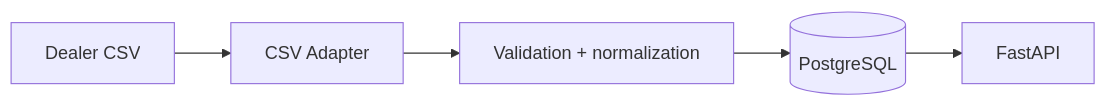
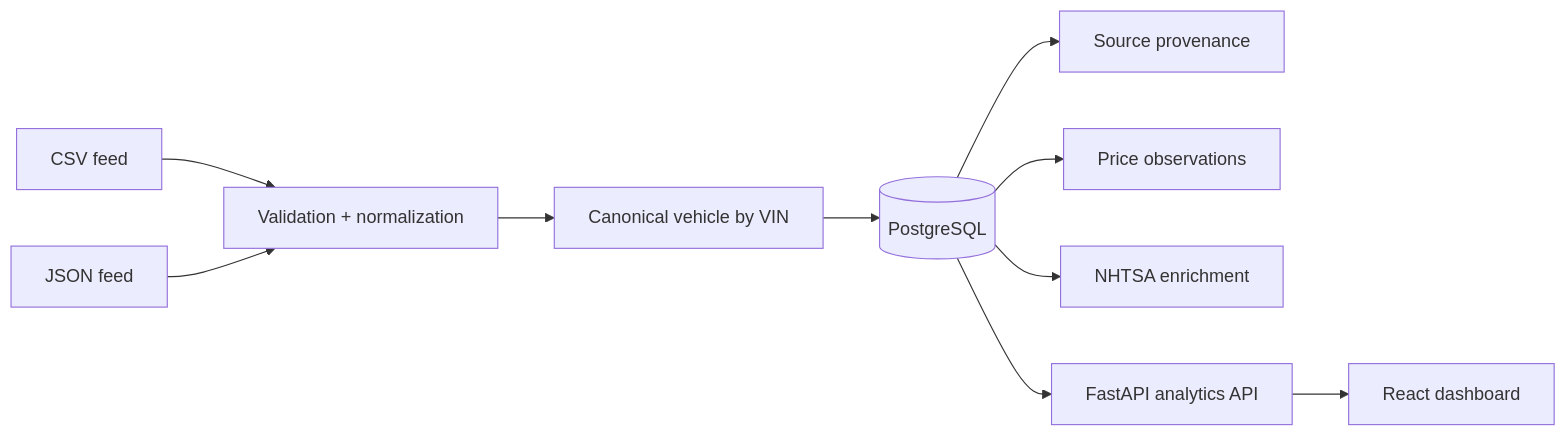
The diagram in README.md (danishirfan21/AutoStream), drawn with Mermaid before and after one commit. The commit also changed other lines of this file and 7 other files, not shown here.

````diff
--- a/README.md
+++ b/README.md
@@ -41,7 +41,12 @@
 ```mermaid
 flowchart LR
-  CSV[Dealer CSV] --> Adapter[CSV Adapter]
-  Adapter --> Normalize[Validation + normalization]
-  Normalize --> DB[(PostgreSQL)]
-  DB --> API[FastAPI]
+  CSV[CSV feed] --> Normalize[Validation + normalization]
+  JSON[JSON feed] --> Normalize
+  Normalize --> Vehicle[Canonical vehicle by VIN]
+  Vehicle --> DB[(PostgreSQL)]
+  DB --> Provenance[Source provenance]
+  DB --> Observations[Price observations]
+  DB --> Enrichment[NHTSA enrichment]
+  DB --> API[FastAPI analytics API]
+  API --> UI[React dashboard]
 ```
````
